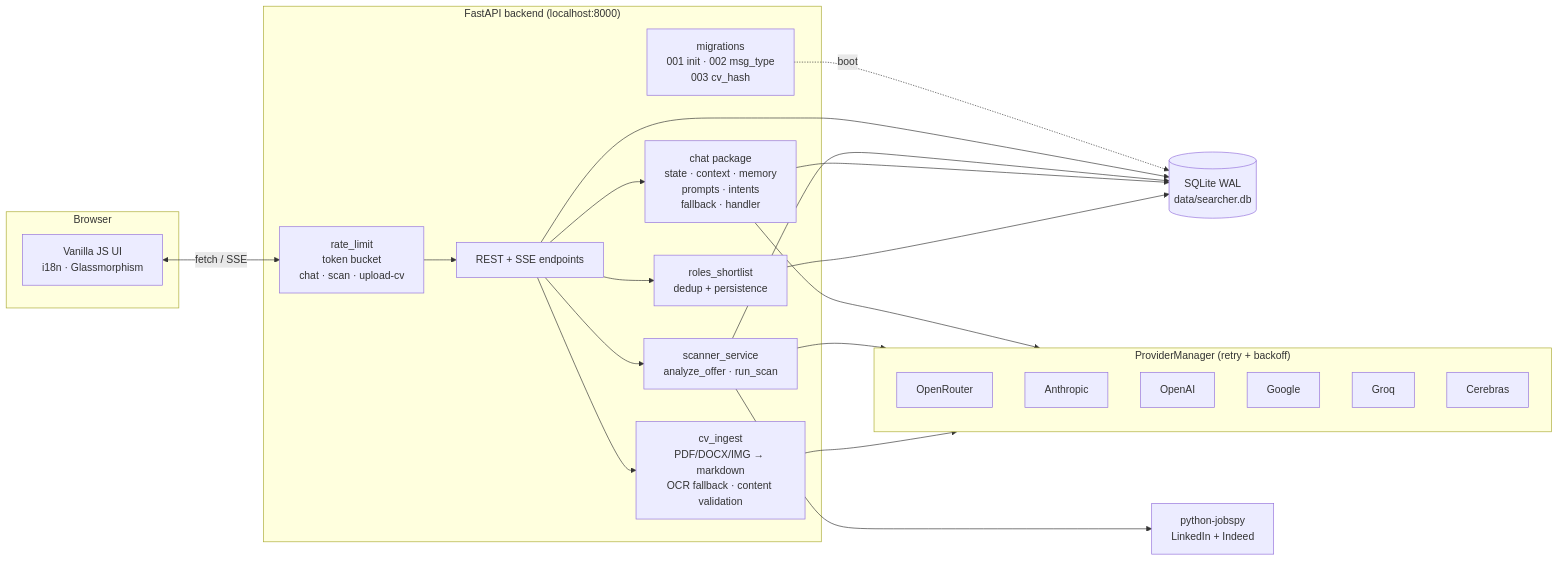
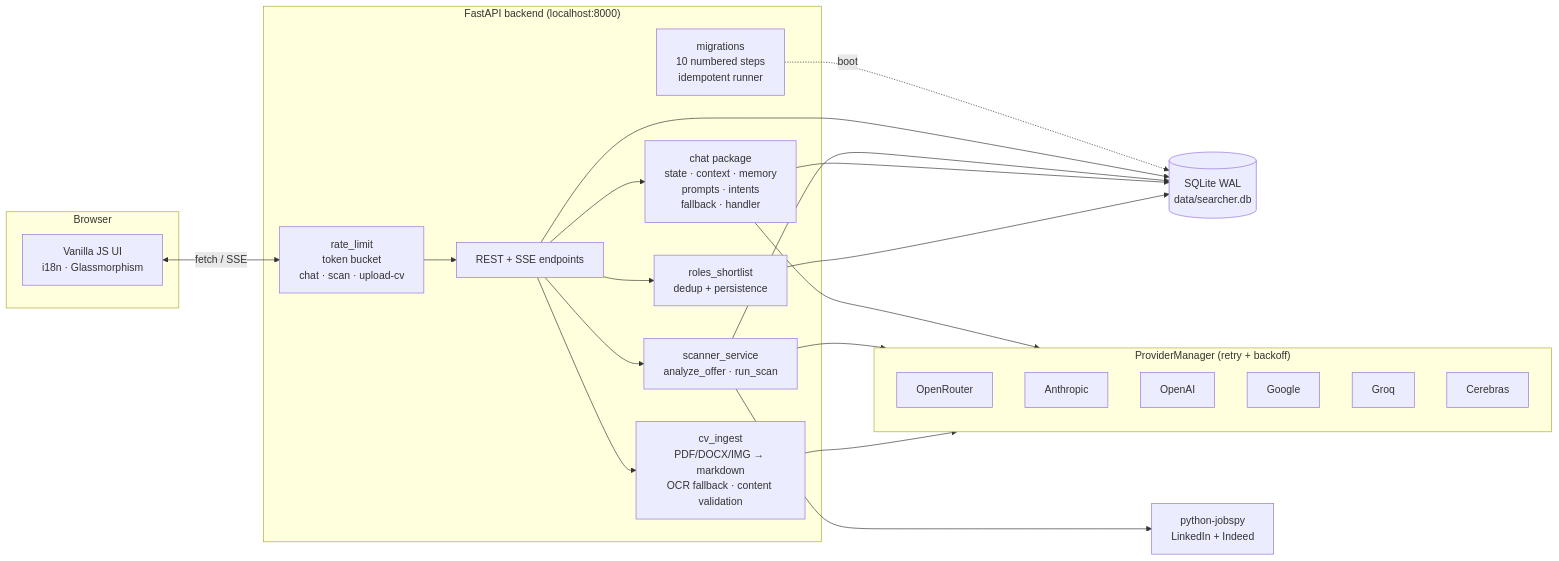
The diagram in README.md (DiegoRiccardi1234/job-finder), drawn with Mermaid before and after one commit. The commit also changed other lines of this file and 2 other files, not shown here.

````diff
--- a/README.md
+++ b/README.md
@@ -146,44 +149,44 @@
 ```mermaid
 flowchart LR
     subgraph Browser
         UI[Vanilla JS UI<br/>i18n · Glassmorphism]
     end
 
     subgraph Backend["FastAPI backend (localhost:8000)"]
         RL[rate_limit<br/>token bucket<br/>chat · scan · upload-cv]
         API[REST + SSE endpoints]
         ChatSvc[chat package<br/>state · context · memory<br/>prompts · intents<br/>fallback · handler]
         ScanSvc[scanner_service<br/>analyze_offer · run_scan]
         CV[cv_ingest<br/>PDF/DOCX/IMG → markdown<br/>OCR fallback · content validation]
         Roles[roles_shortlist<br/>dedup + persistence]
-        Mig[migrations<br/>001 init · 002 msg_type<br/>003 cv_hash]
+        Mig[migrations<br/>10 numbered steps<br/>idempotent runner]
     end
 
     subgraph LLM["ProviderManager (retry + backoff)"]
         OR[OpenRouter]
         AN[Anthropic]
         OAI[OpenAI]
         GO[Google]
         GR[Groq]
         CB[Cerebras]
     end
 
     Scraper[python-jobspy<br/>LinkedIn + Indeed]
     DB[(SQLite WAL<br/>data/searcher.db)]
 
     UI <-->|fetch / SSE| RL
     RL --> API
     API --> ChatSvc
     API --> ScanSvc
     API --> CV
     API --> Roles
     ChatSvc --> LLM
     ScanSvc --> LLM
     ScanSvc --> Scraper
     CV --> LLM
     Mig -.boot.-> DB
     API --> DB
     ScanSvc --> DB
     ChatSvc --> DB
     Roles --> DB
 ```
````
